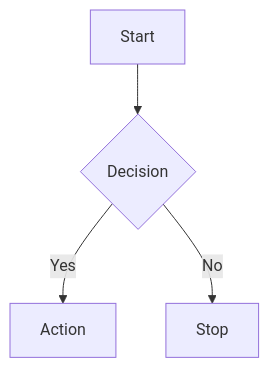
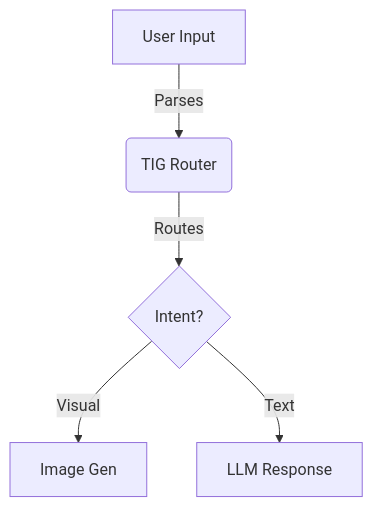
Before and after one commit to jjwbarrett-jpg/intellimod: the diagram in content/adaptive-cards/p-cards/visuals/diagram-architect.md, drawn with Mermaid. The commit also changed other lines of this file and 251 other files, not shown here.

````diff
--- a/content/adaptive-cards/p-cards/visuals/diagram-architect.md
+++ b/content/adaptive-cards/p-cards/visuals/diagram-architect.md
@@ -26,6 +26,7 @@
 ```mermaid
 graph TD
-  A[Start] --> B{Decision}
-  B -- Yes --> C[Action]
-  B -- No --> D[Stop]
-  ```
+  A[User Input] -->|Parses| B(TIG Router)
+  B -->|Routes| C{Intent?}
+  C -->|Visual| D[Image Gen]
+  C -->|Text| E[LLM Response]
+```  
````
